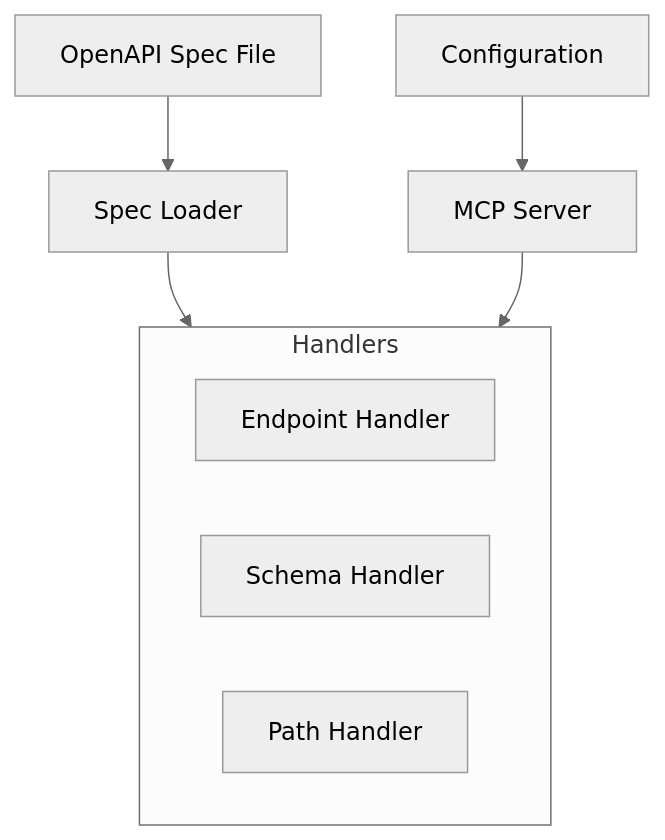
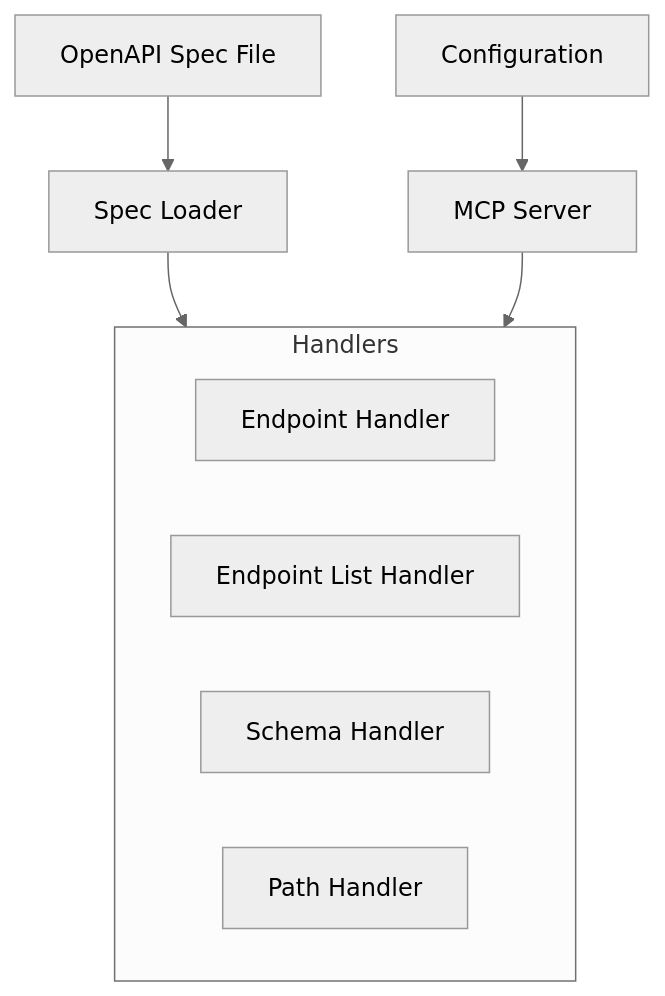
Before and after one commit to kadykov/mcp-openapi-schema-explorer: the diagram in memory-bank/systemPatterns.md, drawn with Mermaid (neutral theme). The commit also changed other lines of this file and 8 other files, not shown here.

Commit message:
feat: Enhance endpoint features and add endpoint list handler with improved error handling

````diff
--- a/memory-bank/systemPatterns.md
+++ b/memory-bank/systemPatterns.md
@@ -5,13 +5,14 @@
 ```mermaid
 graph TD
     Config[Configuration] --> Server[MCP Server]
     Spec[OpenAPI Spec File] --> SpecLoader[Spec Loader]
     SpecLoader --> Handlers[Resource Handlers]
     Server --> Handlers
 
     subgraph Handlers
         EndpointHandler[Endpoint Handler]
+        EndpointListHandler[Endpoint List Handler]
         SchemaHandler[Schema Handler]
         PathHandler[Path Handler]
     end
 ```
````
